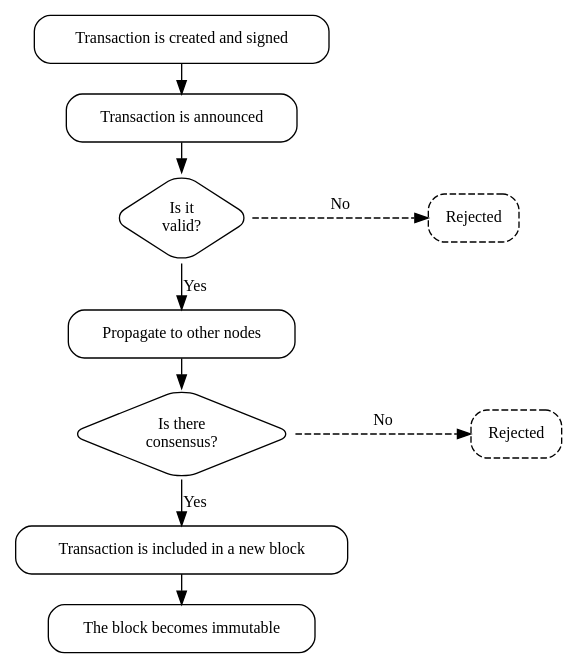
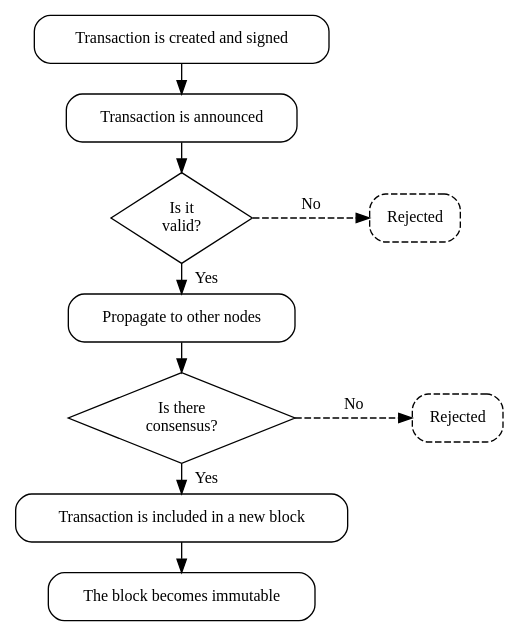
Before and after one commit to symbol/symbol: the diagram in mkdocs/pages/en/textbook/transactions.md, drawn with Graphviz. The commit also changed 1 other file, not shown here.

Commit message:
[mkdocs] feat: transaction lifecycle diagram tweaks

````diff
--- a/mkdocs/pages/en/textbook/transactions.md
+++ b/mkdocs/pages/en/textbook/transactions.md
@@ -13,38 +13,40 @@
 ```dot
 digraph "Transaction Lifecycle" {
     rankdir=TB;
     node [shape=box, style=rounded, fontsize=12];
     edge [fontsize=12]
     nodesep=0.3;
     ranksep=0.3;
 
     // Main vertical flow
     Creation     [label="Transaction is created and signed", URL="#1-creation-and-signature"];
     Announcement [label="Transaction is announced", URL="#2-announcement"];
-    Validation   [label="Is it\nvalid?", shape=diamond, URL="#3-validation"];
+    Validation   [label="Is it
+valid?", shape=diamond, style="", URL="#3-validation"];
     Propagation  [label="Propagate to other nodes", URL="#4-propagation"];
-    Consensus    [label="Is there\nconsensus?", shape=diamond, URL="#5-consensus"];
+    Consensus    [label="Is there
+consensus?", shape=diamond, style="", URL="#5-consensus"];
     Confirmation [label="Transaction is included in a new block", URL="#6-confirmation"];
     Finalization [label="The block becomes immutable", URL="#7-finalization"];
 
     // Rejection branches
     Rejection1   [label="Rejected" style="rounded,dashed"];
     Rejection2   [label="Rejected" style="rounded,dashed"];
 
     // Main flow edges
     Creation ->     Announcement;
     Announcement -> Validation;
-    Validation ->   Propagation [label=Yes];
+    Validation ->   Propagation [label="   Yes", labelfloat=true];
     Propagation ->  Consensus;
-    Consensus ->    Confirmation [label=Yes];
+    Consensus ->    Confirmation [label="   Yes", labelfloat=true];
     Confirmation -> Finalization;
 
     // Rejection branches to the right
-    Validation ->   Rejection1 [label=No, style=dashed, minlen=3];
-    Consensus ->    Rejection2 [label=No, style=dashed, minlen=3];
+    Validation ->   Rejection1 [label=No, style=dashed, minlen=2];
+    Consensus ->    Rejection2 [label=No, style=dashed, minlen=2];
 
     // Position rejection nodes on the same rank as their source
     { rank = same; Validation; Rejection1 }
     { rank = same; Consensus; Rejection2 }
 }
 ```
````
